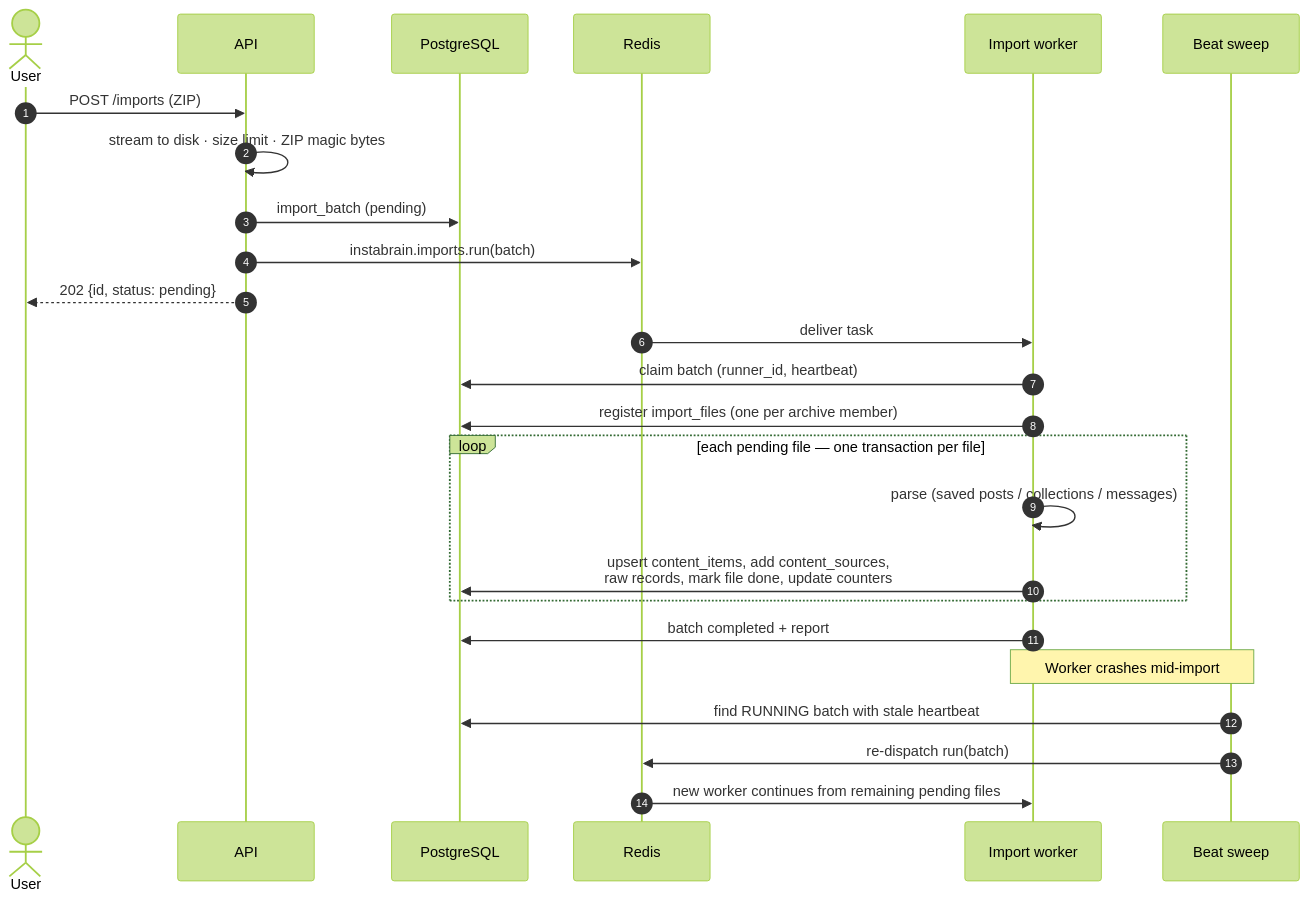
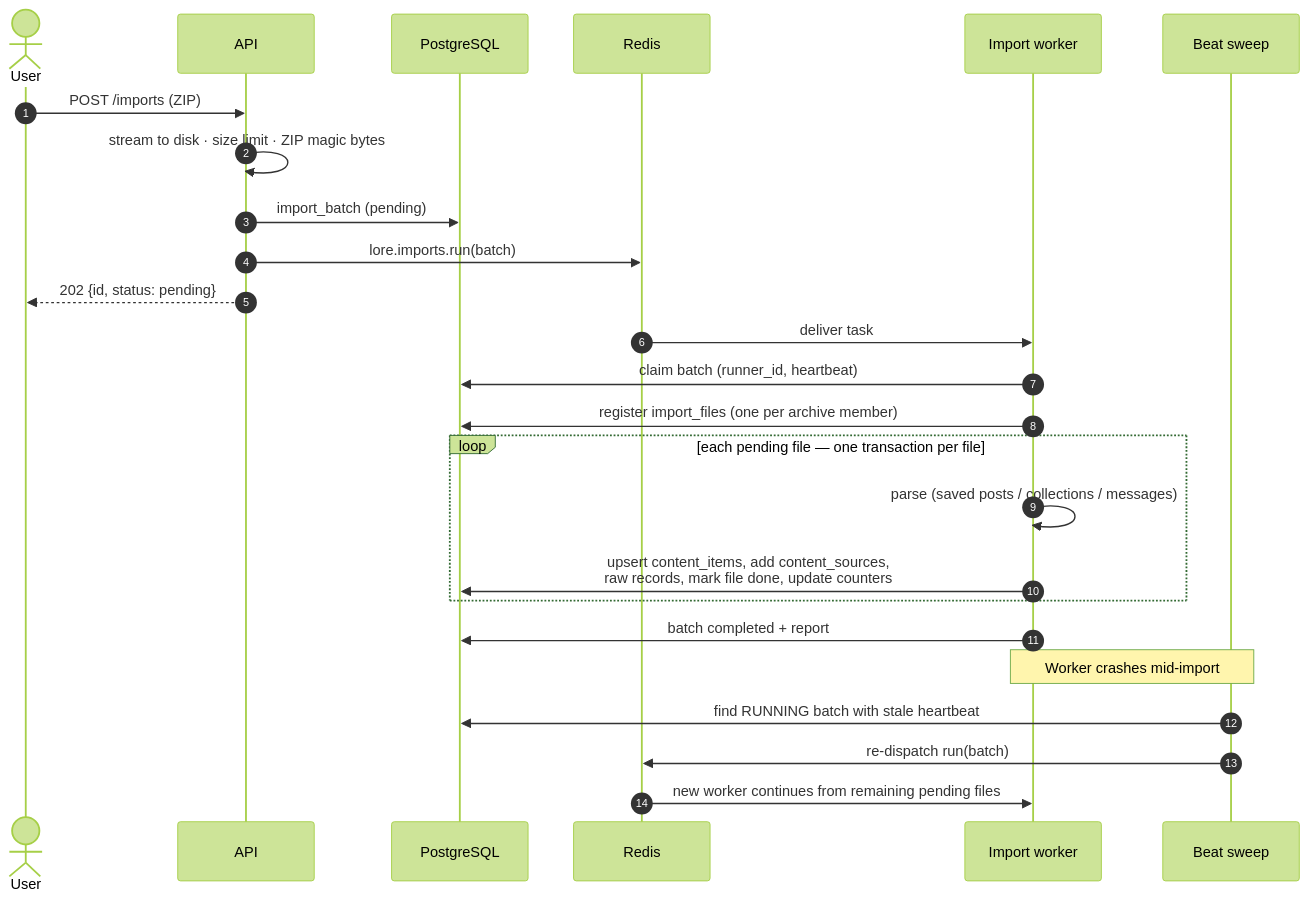
Before and after one commit to AnshikaG0219/lore: the third of 4 diagrams in docs/ARCHITECTURE.md, drawn with Mermaid (forest theme). The commit also changed other lines of this file and 28 other files, not shown here.

````diff
--- a/docs/ARCHITECTURE.md
+++ b/docs/ARCHITECTURE.md
@@ -113,28 +113,28 @@
 ```mermaid
 sequenceDiagram
     autonumber
     actor U as User
     participant API
     participant PG as PostgreSQL
     participant R as Redis
     participant W as Import worker
     participant B as Beat sweep
 
     U->>API: POST /imports (ZIP)
     API->>API: stream to disk · size limit · ZIP magic bytes
     API->>PG: import_batch (pending)
-    API->>R: instabrain.imports.run(batch)
+    API->>R: lore.imports.run(batch)
     API-->>U: 202 {id, status: pending}
     R->>W: deliver task
     W->>PG: claim batch (runner_id, heartbeat)
     W->>PG: register import_files (one per archive member)
     loop each pending file — one transaction per file
         W->>W: parse (saved posts / collections / messages)
         W->>PG: upsert content_items, add content_sources,<br/>raw records, mark file done, update counters
     end
     W->>PG: batch completed + report
     Note over W,B: Worker crashes mid-import
     B->>PG: find RUNNING batch with stale heartbeat
     B->>R: re-dispatch run(batch)
     R->>W: new worker continues from remaining pending files
 ```
````
